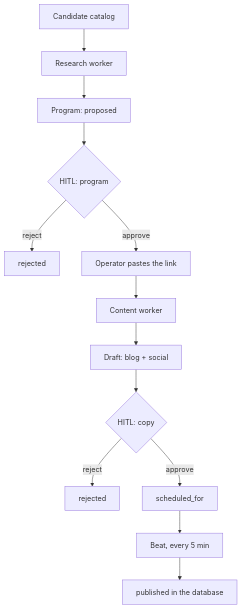
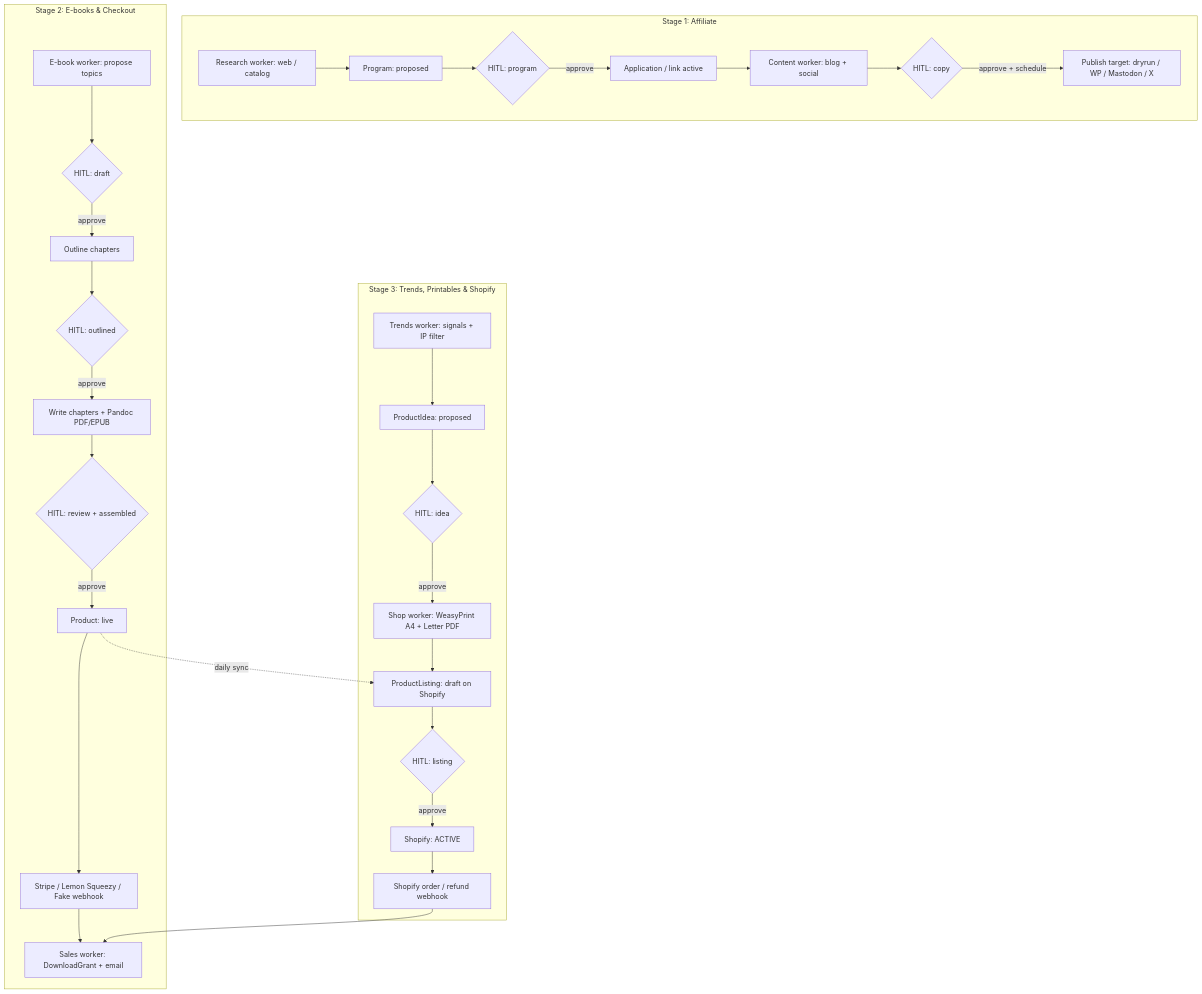
One commit to ovezthaking/Autonomous-AI-Revenue-System changed the first of 8 diagrams in README.md. Above: the diagram before and after it, drawn with Mermaid. The commit also changed other lines of this file, not shown here.

Commit message:
Update readme with shopify digital store and trend discovery

````diff
--- a/README.md
+++ b/README.md
@@ -46,15 +65,34 @@
 ```mermaid
 flowchart TD
-  catalog[Candidate catalog] --> research[Research worker]
-  research --> proposed[Program: proposed]
-  proposed --> gate1{HITL: program}
-  gate1 -->|reject| rejectedProg[rejected]
-  gate1 -->|approve| link[Operator pastes the link]
-  link --> content[Content worker]
-  content --> draft[Draft: blog + social]
-  draft --> gate2{HITL: copy}
-  gate2 -->|reject| rejectedCopy[rejected]
-  gate2 -->|approve| schedule[scheduled_for]
-  schedule --> beat[Beat, every 5 min]
-  beat --> published[published in the database]
+  subgraph S1["Stage 1: Affiliate"]
+    discover[Research worker: web / catalog] --> prog[Program: proposed]
+    prog --> gateProg{HITL: program}
+    gateProg -->|approve| app[Application / link active]
+    app --> content[Content worker: blog + social]
+    content --> gateCopy{HITL: copy}
+    gateCopy -->|approve + schedule| pub[Publish target: dryrun / WP / Mastodon / X]
+  end
+
+  subgraph S2["Stage 2: E-books & Checkout"]
+    proposeBook[E-book worker: propose topics] --> gateTopic{HITL: draft}
+    gateTopic -->|approve| outline[Outline chapters]
+    outline --> gateOutline{HITL: outlined}
+    gateOutline -->|approve| writeAssemble[Write chapters + Pandoc PDF/EPUB]
+    writeAssemble --> gateLive{HITL: review + assembled}
+    gateLive -->|approve| liveBook[Product: live]
+    liveBook --> checkout[Stripe / Lemon Squeezy / Fake webhook]
+    checkout --> fulfill[Sales worker: DownloadGrant + email]
+  end
+
+  subgraph S3["Stage 3: Trends, Printables & Shopify"]
+    trends[Trends worker: signals + IP filter] --> idea[ProductIdea: proposed]
+    idea --> gateIdea{HITL: idea}
+    gateIdea -->|approve| buildPdf[Shop worker: WeasyPrint A4 + Letter PDF]
+    buildPdf --> draftListing[ProductListing: draft on Shopify]
+    liveBook -.->|daily sync| draftListing
+    draftListing --> gateListing{HITL: listing}
+    gateListing -->|approve| activeListing[Shopify: ACTIVE]
+    activeListing --> shopWebhook[Shopify order / refund webhook]
+    shopWebhook --> fulfill
+  end
 ```
````
